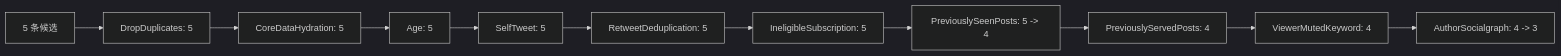
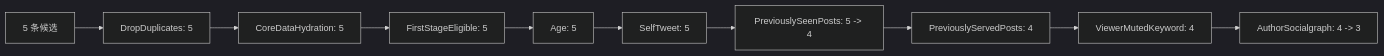
One commit to freefcw/x-algorithm changed the first of 2 diagrams in docs/home-mixer/10-end-to-end-example.md. Above: the diagram before and after it, drawn with Mermaid (dark theme). The commit also changed other lines of this file and 21 other files, not shown here.

````diff
--- a/docs/home-mixer/10-end-to-end-example.md
+++ b/docs/home-mixer/10-end-to-end-example.md
@@ -82,13 +83,12 @@
 ```mermaid
 flowchart LR
     A["5 条候选"] --> B["DropDuplicates: 5"]
     B --> C["CoreDataHydration: 5"]
-    C --> D["Age: 5"]
+    C --> C2["FirstStageEligible: 5"]
+    C2 --> D["Age: 5"]
     D --> E["SelfTweet: 5"]
-    E --> F["RetweetDeduplication: 5"]
-    F --> G["IneligibleSubscription: 5"]
-    G --> H["PreviouslySeenPosts: 5 -> 4"]
+    E --> H["PreviouslySeenPosts: 5 -> 4"]
     H --> I["PreviouslyServedPosts: 4"]
     I --> J["ViewerMutedKeyword: 4"]
     J --> K["AuthorSocialgraph: 4 -> 3"]
 ```
````
